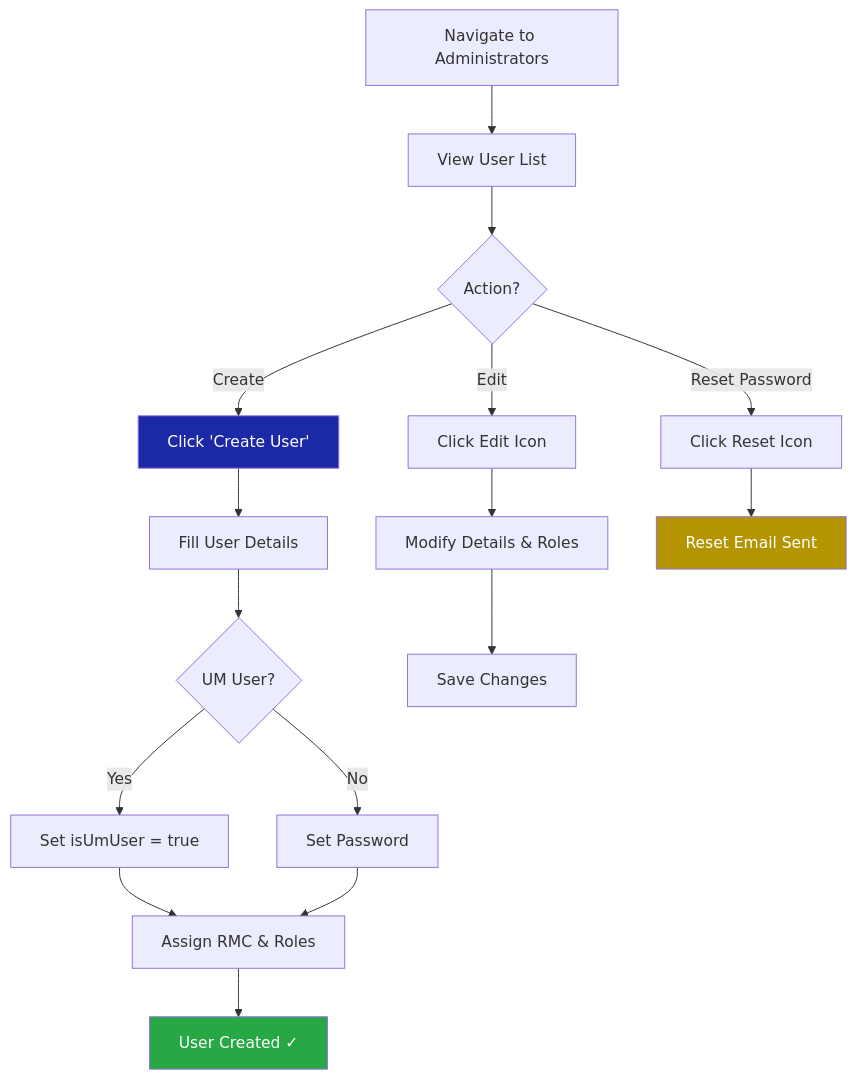
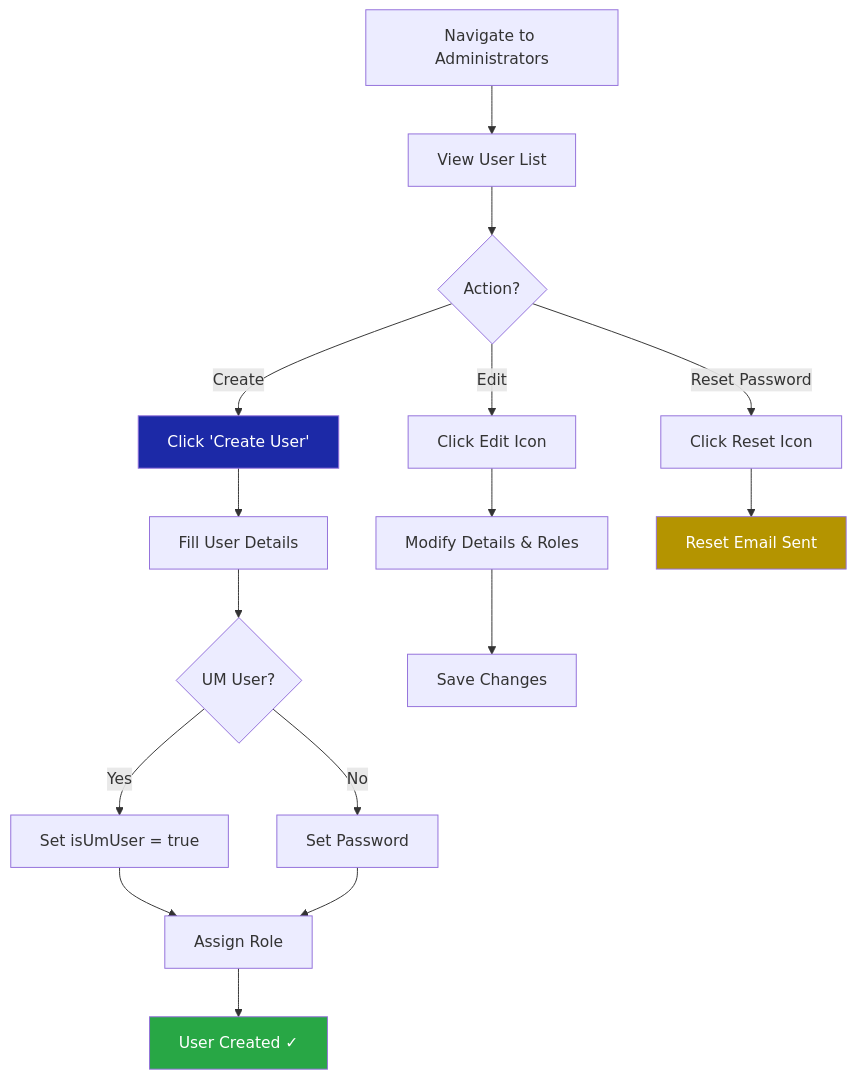
One commit to samiha26/UM_GMS changed the ninth of 36 diagrams in README.md. Above: the diagram before and after it, drawn with Mermaid. The commit also changed other lines of this file, not shown here.

````diff
--- a/README.md
+++ b/README.md
@@ -486,22 +486,22 @@
 ```mermaid
 flowchart TD
     A[Navigate to Administrators] --> B[View User List]
     B --> C{Action?}
     C -->|Create| D[Click 'Create User']
     D --> E[Fill User Details]
     E --> F{UM User?}
     F -->|Yes| G[Set isUmUser = true]
     F -->|No| H[Set Password]
-    G --> I[Assign RMC & Roles]
+    G --> I[Assign Role]
     H --> I
     I --> J[User Created ✓]
     C -->|Edit| K[Click Edit Icon]
     K --> L[Modify Details & Roles]
     L --> M[Save Changes]
     C -->|Reset Password| N[Click Reset Icon]
     N --> O[Reset Email Sent]
 
     style D fill:#1C29A7,color:#fff
     style J fill:#28a745,color:#fff
     style O fill:#B49400,color:#fff
 ```
````
